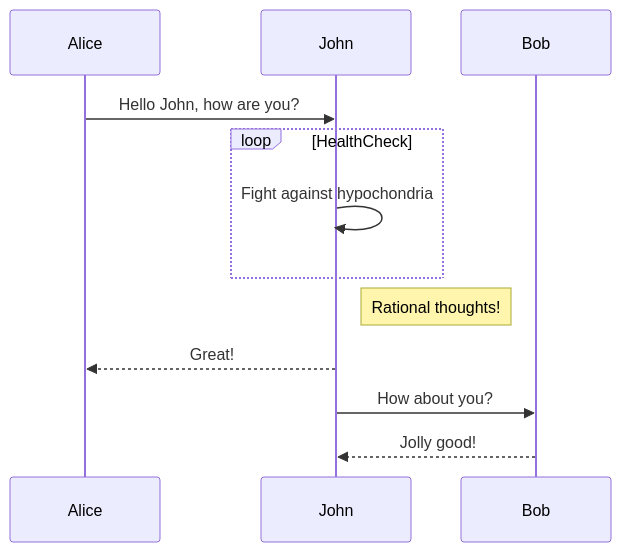
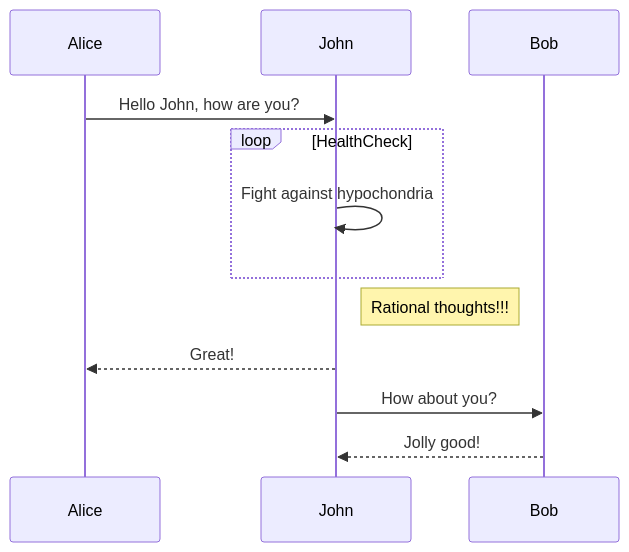
One commit to alexeymozgovoy/Test changed the diagram in src/sequence.mmd. Above: the diagram before and after it, drawn with Mermaid.

```diff
--- a/src/sequence.mmd
+++ b/src/sequence.mmd
@@ -1,9 +1,9 @@
 sequenceDiagram
 Alice->>John: Hello John, how are you?
 loop HealthCheck
     John->>John: Fight against hypochondria
 end
-Note right of John: Rational thoughts!
+Note right of John: Rational thoughts!!!
 John-->>Alice: Great!
 John->>Bob: How about you?
 Bob-->>John: Jolly good!
```
